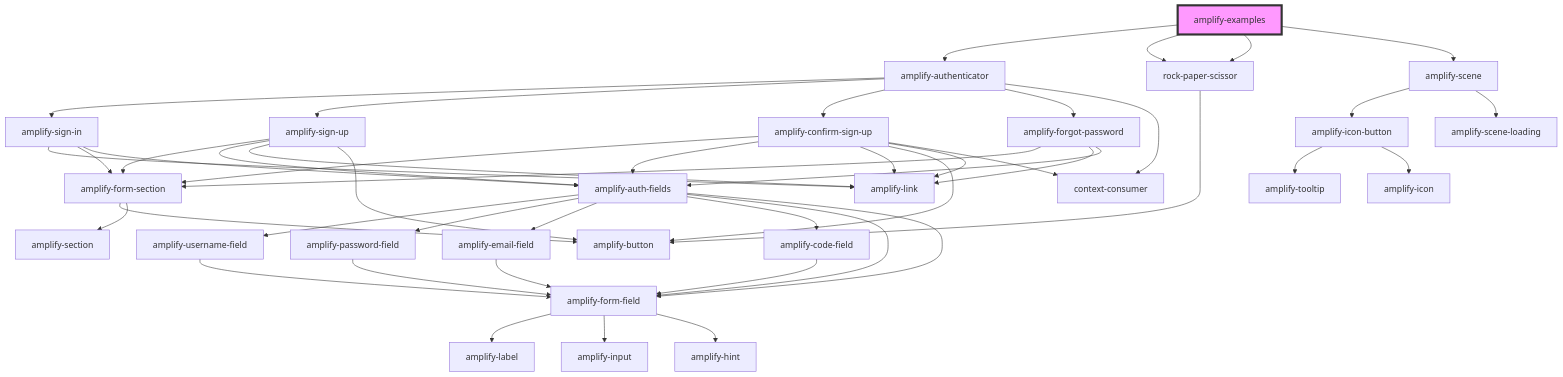
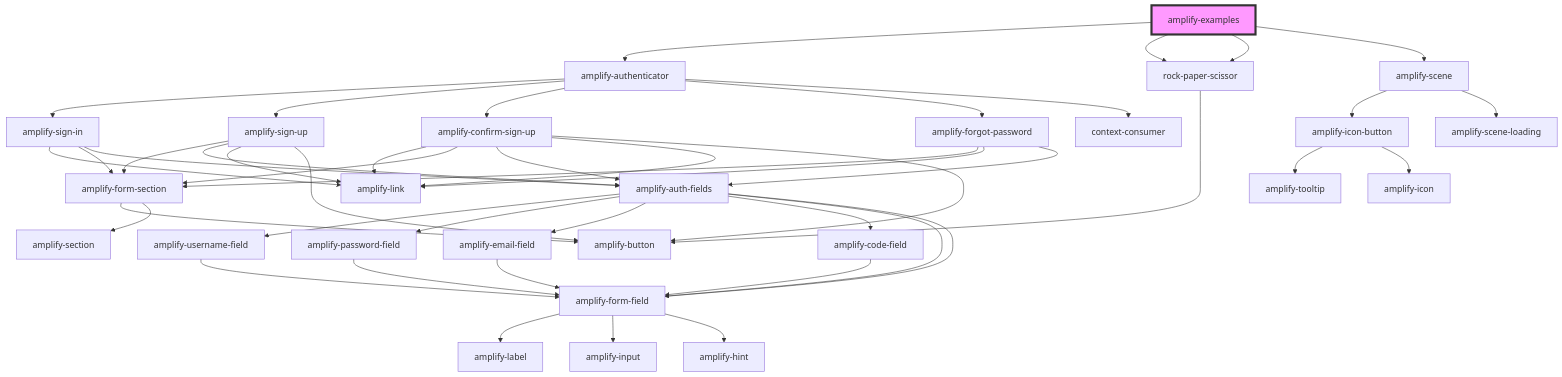
The diagram in packages/amplify-ui-components/src/components/amplify-examples/readme.md (aws-amplify/amplify-js), drawn with Mermaid before and after one commit. The commit also changed 12 other files, not shown here.

````diff
--- a/packages/amplify-ui-components/src/components/amplify-examples/readme.md
+++ b/packages/amplify-ui-components/src/components/amplify-examples/readme.md
@@ -16,49 +16,48 @@
 ```mermaid
 graph TD;
   amplify-examples --> amplify-authenticator
   amplify-examples --> rock-paper-scissor
   amplify-examples --> rock-paper-scissor
   amplify-examples --> amplify-scene
   amplify-authenticator --> amplify-sign-in
   amplify-authenticator --> amplify-sign-up
   amplify-authenticator --> amplify-confirm-sign-up
   amplify-authenticator --> amplify-forgot-password
   amplify-authenticator --> context-consumer
   amplify-sign-in --> amplify-link
   amplify-sign-in --> amplify-form-section
   amplify-sign-in --> amplify-auth-fields
   amplify-form-section --> amplify-button
   amplify-form-section --> amplify-section
   amplify-auth-fields --> amplify-username-field
   amplify-auth-fields --> amplify-password-field
   amplify-auth-fields --> amplify-email-field
   amplify-auth-fields --> amplify-code-field
   amplify-auth-fields --> amplify-form-field
   amplify-auth-fields --> amplify-form-field
   amplify-username-field --> amplify-form-field
   amplify-form-field --> amplify-label
   amplify-form-field --> amplify-input
   amplify-form-field --> amplify-hint
   amplify-password-field --> amplify-form-field
   amplify-email-field --> amplify-form-field
   amplify-code-field --> amplify-form-field
   amplify-sign-up --> amplify-form-section
   amplify-sign-up --> amplify-auth-fields
   amplify-sign-up --> amplify-link
   amplify-sign-up --> amplify-button
+  amplify-confirm-sign-up --> amplify-link
   amplify-confirm-sign-up --> amplify-form-section
   amplify-confirm-sign-up --> amplify-auth-fields
   amplify-confirm-sign-up --> amplify-link
   amplify-confirm-sign-up --> amplify-button
-  amplify-confirm-sign-up --> amplify-link
-  amplify-confirm-sign-up --> context-consumer
   amplify-forgot-password --> amplify-form-section
   amplify-forgot-password --> amplify-link
   amplify-forgot-password --> amplify-auth-fields
   rock-paper-scissor --> amplify-button
   amplify-scene --> amplify-icon-button
   amplify-scene --> amplify-scene-loading
   amplify-icon-button --> amplify-tooltip
   amplify-icon-button --> amplify-icon
   style amplify-examples fill:#f9f,stroke:#333,stroke-width:4px
 ```
````
